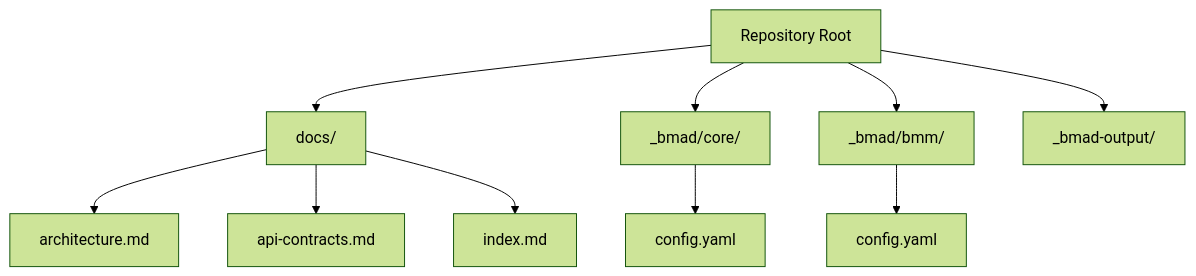
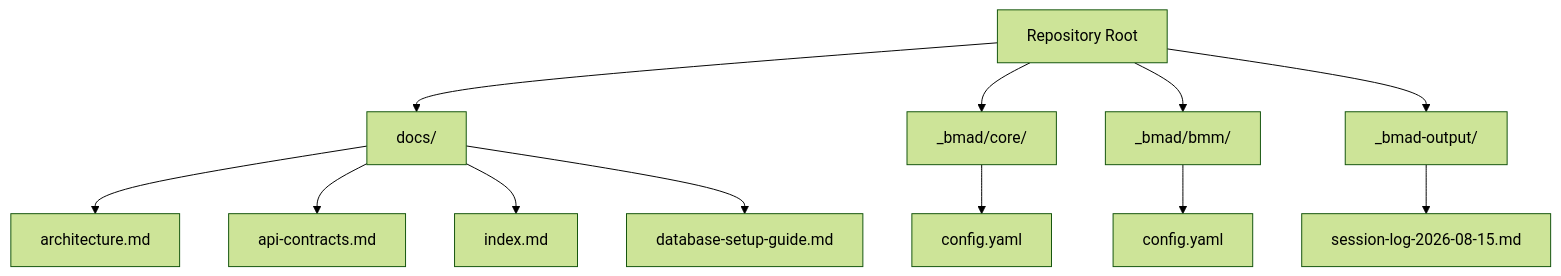
The first of 3 diagrams in .qoder/repowiki/en/content/Configuration and Deployment/Environment Setup and Requirements.md (lamhongbac/NonCash), drawn with Mermaid (forest theme) before and after one commit. The commit also changed other lines of this file and 32 other files, not shown here.

````diff
--- a/.qoder/repowiki/en/content/Configuration and Deployment/Environment Setup and Requirements.md
+++ b/.qoder/repowiki/en/content/Configuration and Deployment/Environment Setup and Requirements.md
@@ -34,17 +50,19 @@
 ```mermaid
 graph TB
 Repo["Repository Root"]
 Docs["docs/"]
 BmadCore["_bmad/core/"]
 BmadBmm["_bmad/bmm/"]
 BmadOutput["_bmad-output/"]
 Repo --> Docs
 Repo --> BmadCore
 Repo --> BmadBmm
 Repo --> BmadOutput
 Docs --> ArchDoc["architecture.md"]
 Docs --> ApiDoc["api-contracts.md"]
 Docs --> IndexDoc["index.md"]
+Docs --> DBSetup["database-setup-guide.md"]
 BmadCore --> CoreCfg["config.yaml"]
 BmadBmm --> BmmCfg["config.yaml"]
+BmadOutput --> SessionLog["session-log-2026-08-15.md"]
 ```
````
